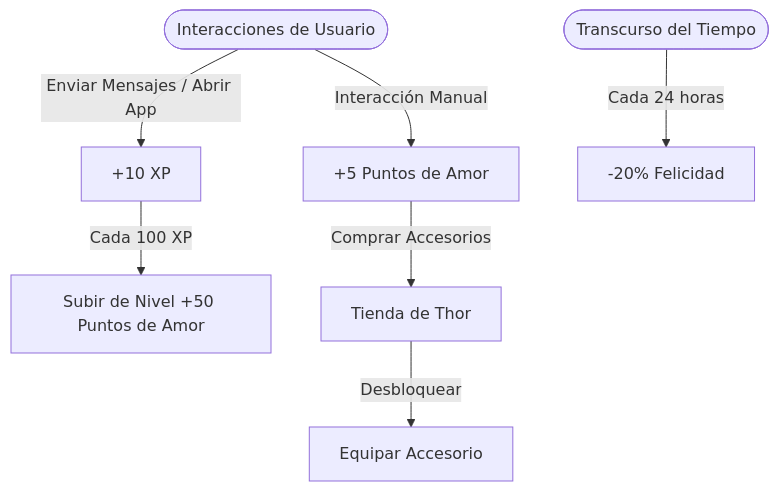
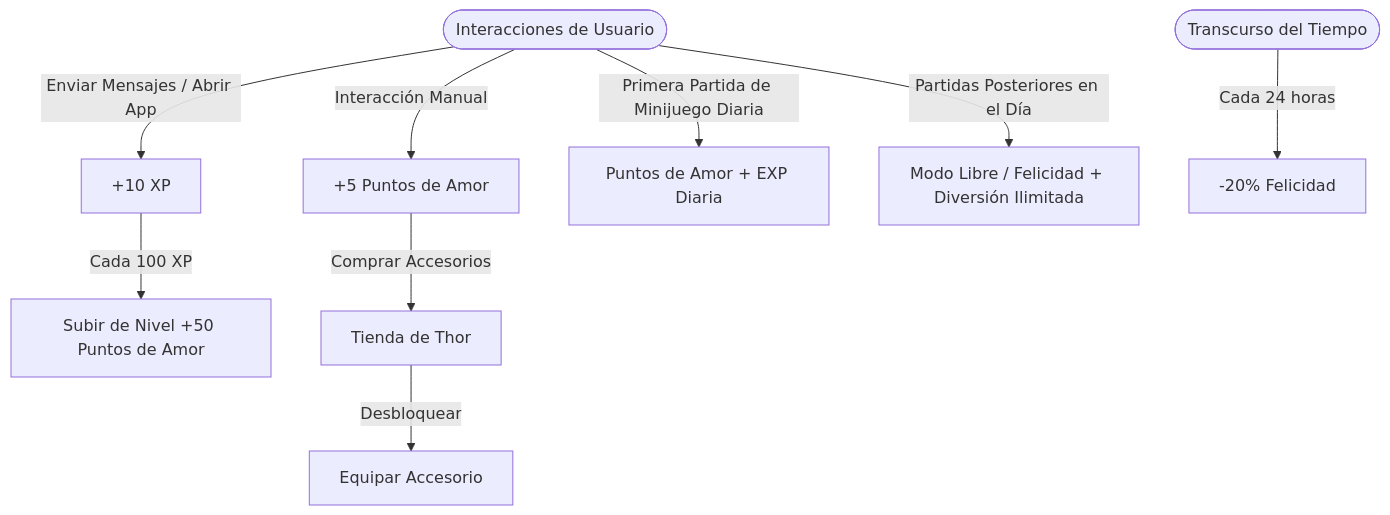
The diagram in contexto.md (KevshuppD/Diario_alikevin), drawn with Mermaid before and after one commit. The commit also changed other lines of this file, not shown here.

Commit message:
docs: actualizar contexto.md con la mecánica de minijuegos en modo libre ilimitado

````diff
--- a/contexto.md
+++ b/contexto.md
@@ -148,9 +148,11 @@
 ```mermaid
 graph TD
     User([Interacciones de Usuario]) -->|Enviar Mensajes / Abrir App| XP[+10 XP]
     User -->|Interacción Manual| LP[+5 Puntos de Amor]
+    User -->|Primera Partida de Minijuego Diaria| MiniReward[Puntos de Amor + EXP Diaria]
+    User -->|Partidas Posteriores en el Día| FreePlay[Modo Libre / Felicidad + Diversión Ilimitada]
     XP -->|Cada 100 XP| LevelUp[Subir de Nivel +50 Puntos de Amor]
     LP -->|Comprar Accesorios| Shop[Tienda de Thor]
     Shop -->|Desbloquear| Equip[Equipar Accesorio]
     Time([Transcurso del Tiempo]) -->|Cada 24 horas| Decay[-20% Felicidad]
 ```
````
